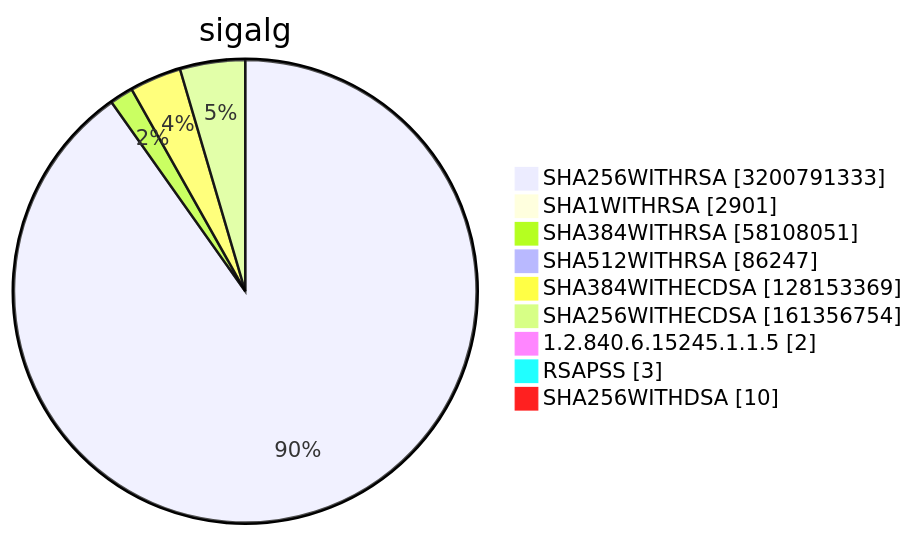
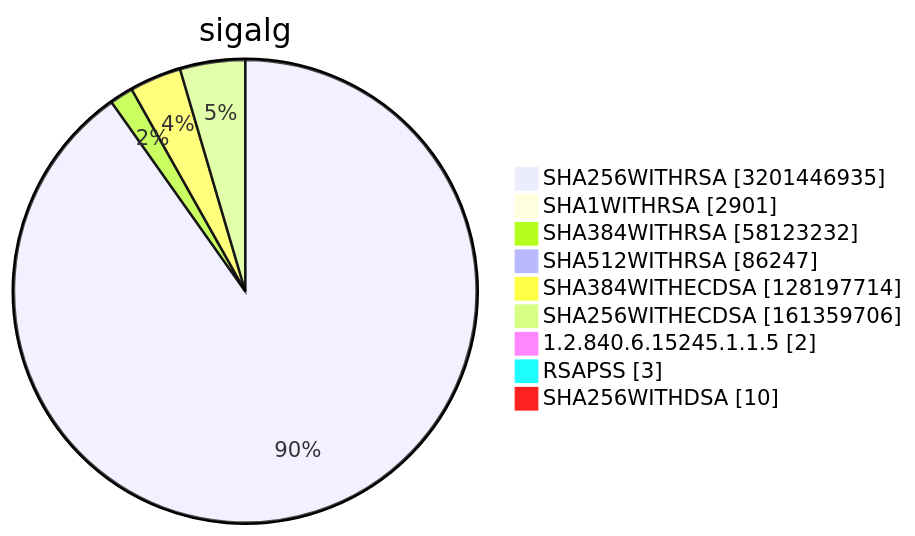
Before and after one commit to christiankrug/ctmonitor_visualization: diagram 15 of 15 in TOTAL/README.md, drawn with Mermaid. The commit also changed other lines of this file, not shown here.

````diff
--- a/TOTAL/README.md
+++ b/TOTAL/README.md
@@ -6216,13 +6216,13 @@
 ```mermaid
 pie showData
 title sigalg
-"SHA256WITHRSA" :3200791333
+"SHA256WITHRSA" :3201446935
 "SHA1WITHRSA" :2901
-"SHA384WITHRSA" :58108051
+"SHA384WITHRSA" :58123232
 "SHA512WITHRSA" :86247
-"SHA384WITHECDSA" :128153369
-"SHA256WITHECDSA" :161356754
+"SHA384WITHECDSA" :128197714
+"SHA256WITHECDSA" :161359706
 "1.2.840.6.15245.1.1.5" :2
 "RSAPSS" :3
 "SHA256WITHDSA" :10
 ```
````
